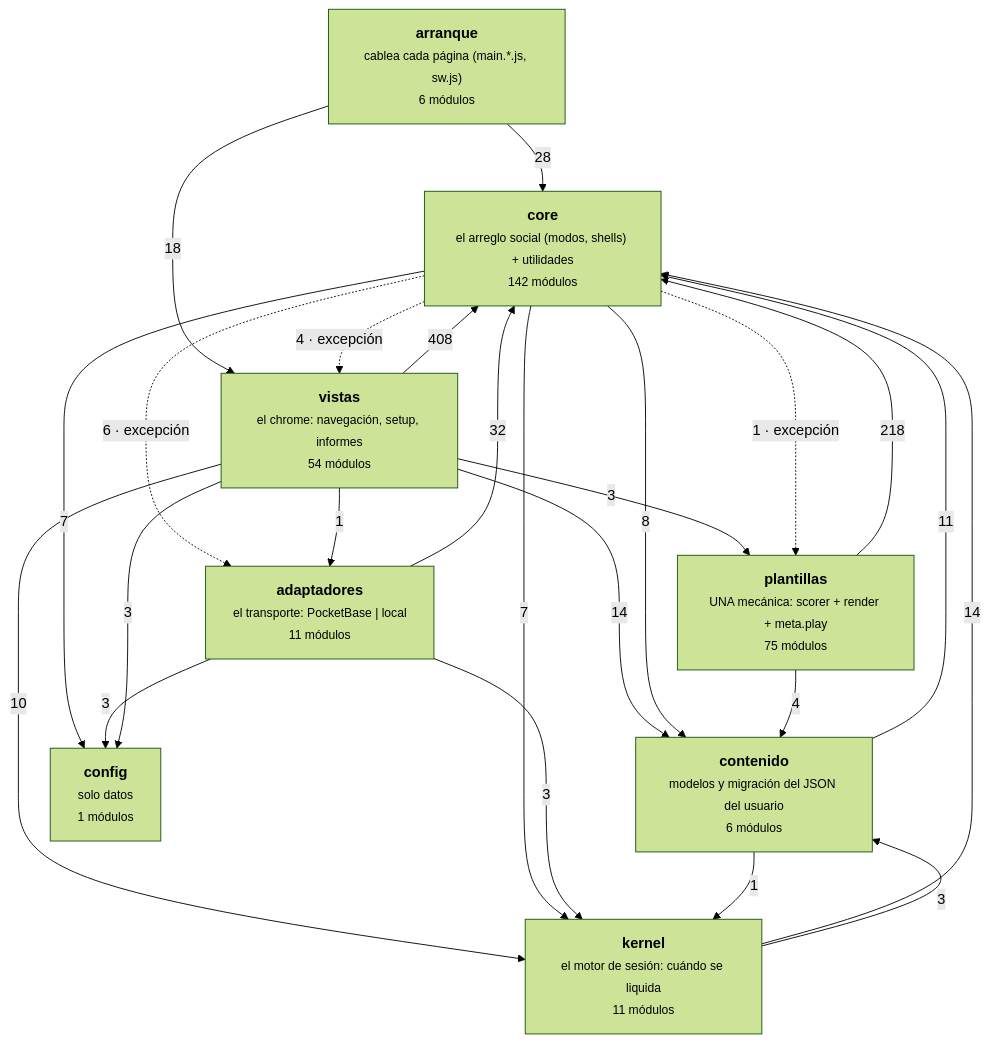
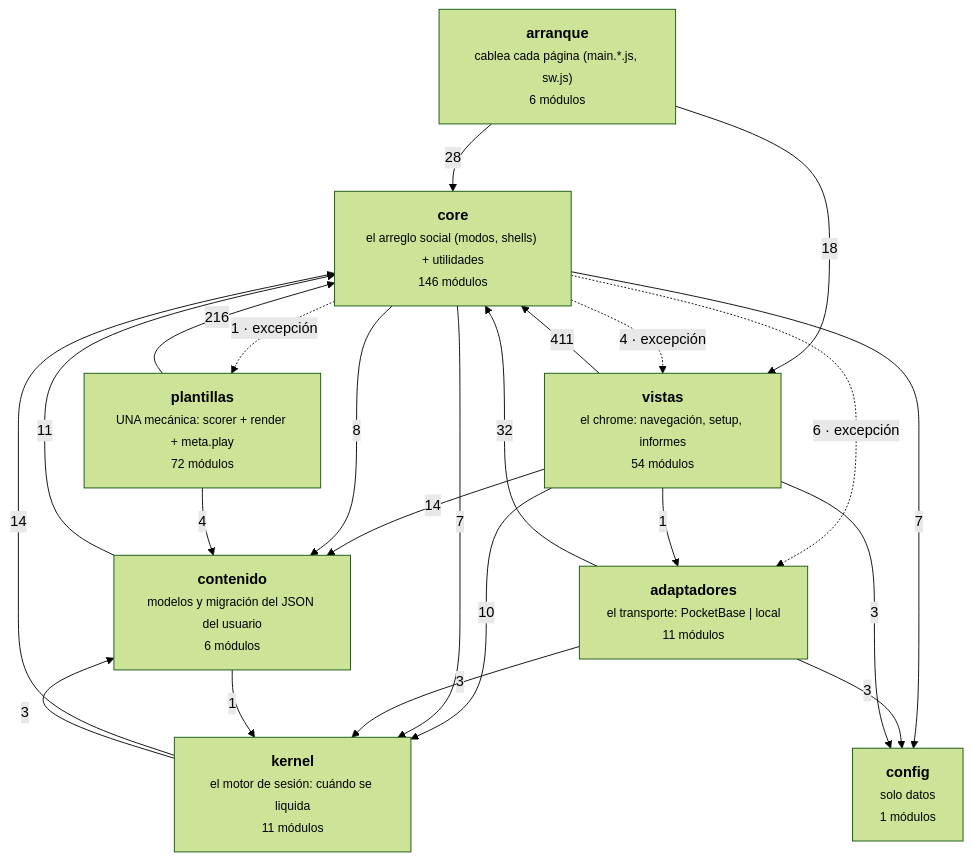
The diagram in docs/arquitectura-modulos.md (duecaz/ac), drawn with Mermaid (forest theme) before and after one commit. The commit also changed other lines of this file and 19 other files, not shown here.

````diff
--- a/docs/arquitectura-modulos.md
+++ b/docs/arquitectura-modulos.md
@@ -56,34 +56,33 @@
 ```mermaid
 graph TD
   A["<b>arranque</b><br/><small>cablea cada página (main.*.js, sw.js)</small><br/><small>6 módulos</small>"]
   V["<b>vistas</b><br/><small>el chrome: navegación, setup, informes</small><br/><small>54 módulos</small>"]
   AD["<b>adaptadores</b><br/><small>el transporte: PocketBase | local</small><br/><small>11 módulos</small>"]
-  C["<b>core</b><br/><small>el arreglo social (modos, shells) + utilidades</small><br/><small>142 módulos</small>"]
+  C["<b>core</b><br/><small>el arreglo social (modos, shells) + utilidades</small><br/><small>146 módulos</small>"]
   K["<b>kernel</b><br/><small>el motor de sesión: cuándo se liquida</small><br/><small>11 módulos</small>"]
-  T["<b>plantillas</b><br/><small>UNA mecánica: scorer + render + meta.play</small><br/><small>75 módulos</small>"]
+  T["<b>plantillas</b><br/><small>UNA mecánica: scorer + render + meta.play</small><br/><small>72 módulos</small>"]
   CO["<b>contenido</b><br/><small>modelos y migración del JSON del usuario</small><br/><small>6 módulos</small>"]
   CF["<b>config</b><br/><small>solo datos</small><br/><small>1 módulos</small>"]
-  V -->|408| C
-  T -->|218| C
+  V -->|411| C
+  T -->|216| C
   AD -->|32| C
   A -->|28| C
   A -->|18| V
   K -->|14| C
   V -->|14| CO
   CO -->|11| C
   V -->|10| K
   C -->|8| CO
   C -->|7| K
   C -->|7| CF
   C -.->|6 · excepción| AD
   C -.->|4 · excepción| V
   T -->|4| CO
   AD -->|3| CF
   AD -->|3| K
   K -->|3| CO
   V -->|3| CF
-  V -->|3| T
   C -.->|1 · excepción| T
   CO -->|1| K
   V -->|1| AD
 ```
````
